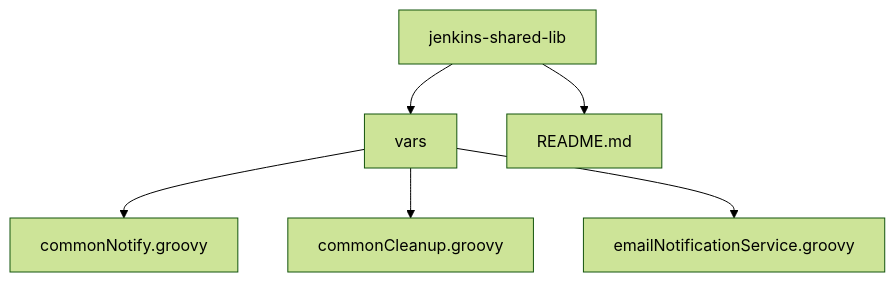
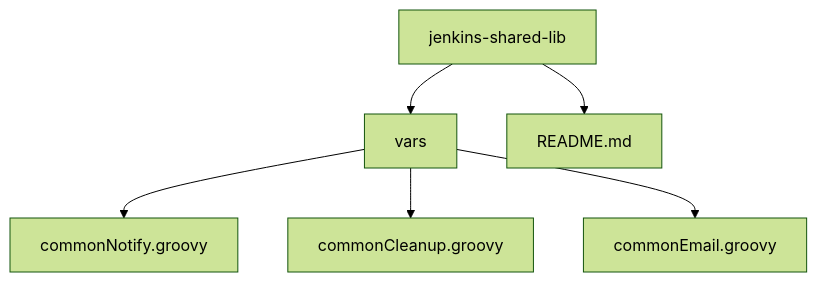
The diagram in README.md (f3-admins/jenkins-shared-lib), drawn with Mermaid (forest theme) before and after one commit. The commit also changed other lines of this file and 3 other files, not shown here.

First line of the commit message:
Rename and refactor email notification service.

````diff
--- a/README.md
+++ b/README.md
@@ -9,8 +9,8 @@
 ```mermaid
 graph TD
     A[jenkins-shared-lib] --> B[vars]
     A --> C[README.md]
     B --> B1[commonNotify.groovy]
     B --> B2[commonCleanup.groovy]
-    B --> B3[emailNotificationService.groovy]
+    B --> B3[commonEmail.groovy]
 ```
````
